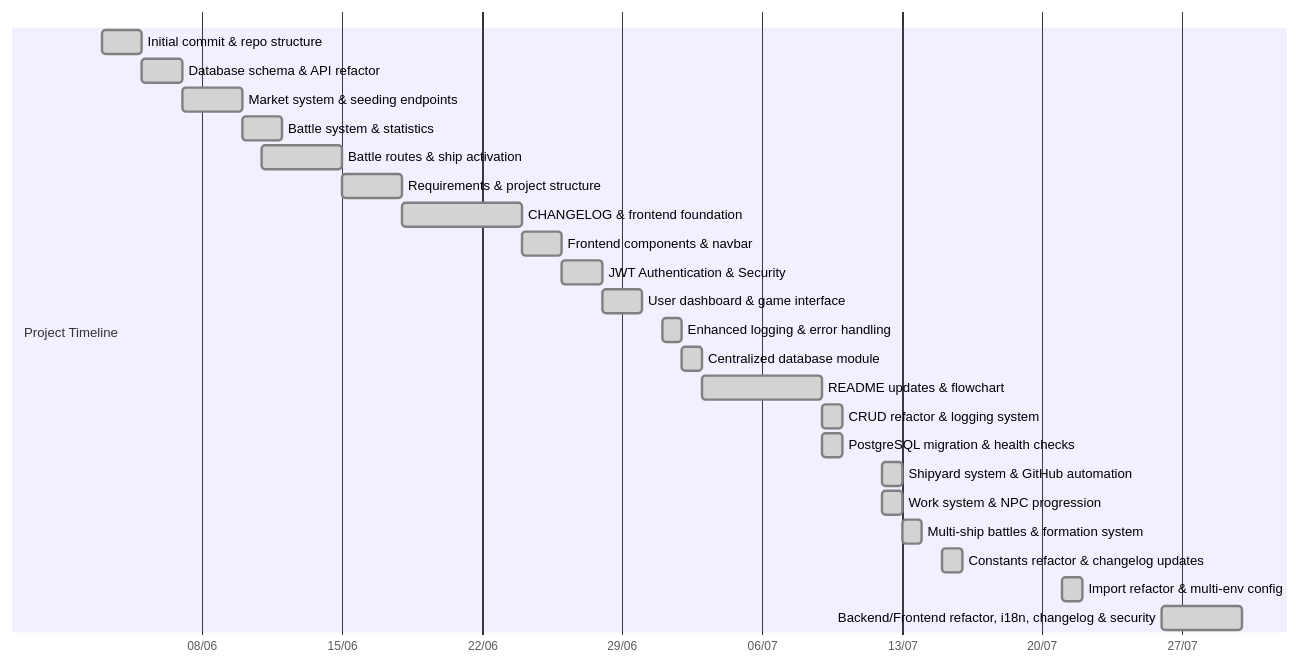
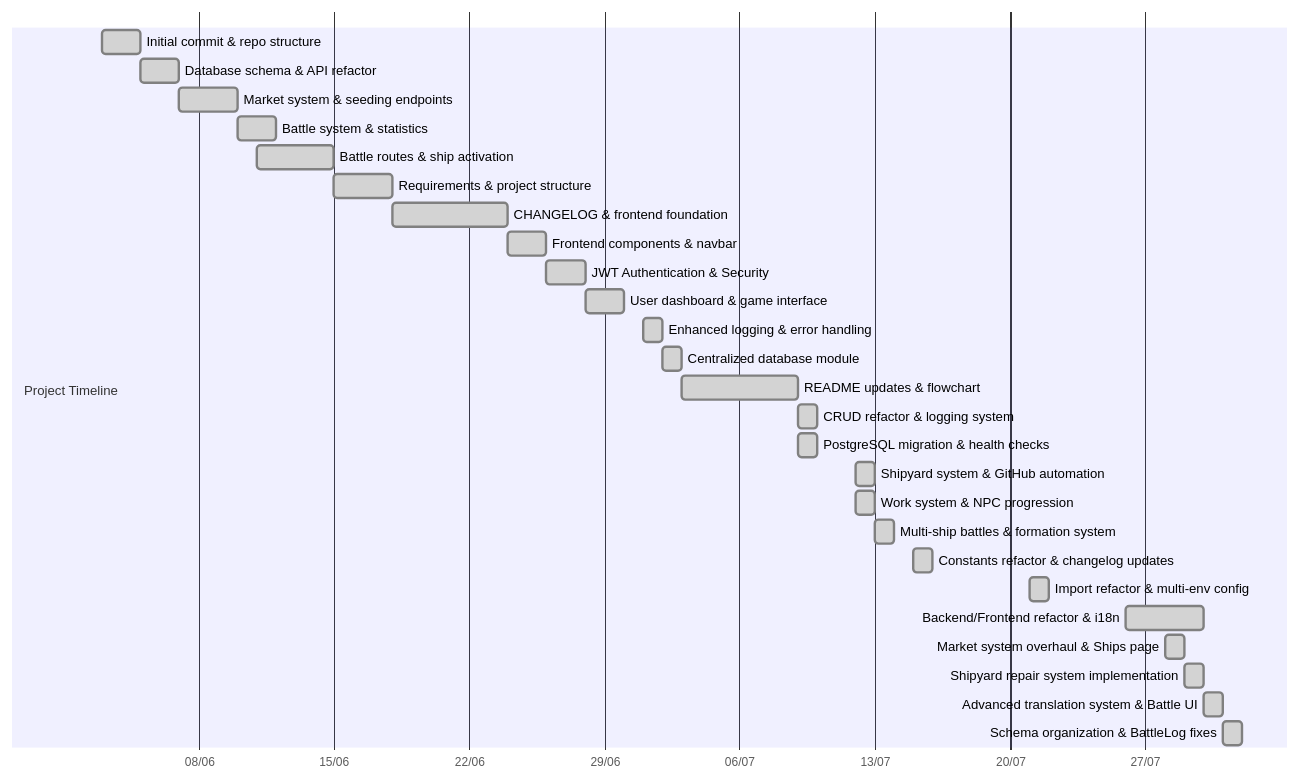
Before and after one commit to FilipePacheco73/Bellum-Astrum: the second of 2 diagrams in README.md, drawn with Mermaid. The commit also changed other lines of this file and 42 other files, not shown here.

Commit message:
feat: add shipyard system with repair functionality and advanced translation support

````diff
--- a/README.md
+++ b/README.md
@@ -525,27 +528,31 @@
 ```mermaid
 gantt
 dateFormat  YYYY-MM-DD
 axisFormat  %d/%m
 section Project Timeline
 Initial commit & repo structure        :done,    des1, 2025-06-03, 2d
 Database schema & API refactor         :done,    des2, 2025-06-05, 2d
 Market system & seeding endpoints      :done,    des3, 2025-06-07, 3d
 Battle system & statistics             :done,    des4, 2025-06-10, 2d
 Battle routes & ship activation        :done,    des5, 2025-06-11, 4d
 Requirements & project structure       :done,    des6, 2025-06-15, 3d
 CHANGELOG & frontend foundation        :done,    des7, 2025-06-18, 6d
 Frontend components & navbar           :done,    des8, 2025-06-24, 2d
 JWT Authentication & Security          :done,    des9, 2025-06-26, 2d
 User dashboard & game interface        :done,    des10, 2025-06-28, 2d
 Enhanced logging & error handling      :done,    des11, 2025-07-01, 1d
 Centralized database module            :done,    des12, 2025-07-02, 1d
 README updates & flowchart             :done,    des13, 2025-07-03, 6d
 CRUD refactor & logging system         :done,    des14, 2025-07-09, 1d
 PostgreSQL migration & health checks   :done,    des15, 2025-07-09, 1d
 Shipyard system & GitHub automation    :done,    des16, 2025-07-12, 1d
 Work system & NPC progression          :done,    des17, 2025-07-12, 1d
 Multi-ship battles & formation system  :done,    des18, 2025-07-13, 1d
 Constants refactor & changelog updates :done,    des19, 2025-07-15, 1d
 Import refactor & multi-env config     :done,    des20, 2025-07-21, 1d
-Backend/Frontend refactor, i18n, changelog & security       :done,    des21, 2025-07-26, 4d
+Backend/Frontend refactor & i18n       :done,    des21, 2025-07-26, 4d
+Market system overhaul & Ships page    :done,    des22, 2025-07-28, 1d
+Shipyard repair system implementation  :done,    des23, 2025-07-29, 1d
+Advanced translation system & Battle UI :done,   des24, 2025-07-30, 1d
+Schema organization & BattleLog fixes  :done,    des25, 2025-07-31, 1d
 ```
````
